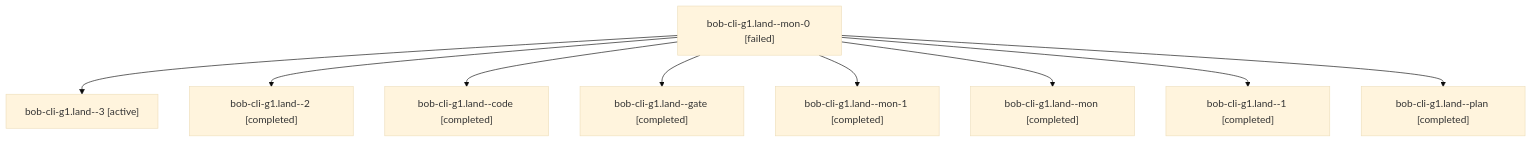
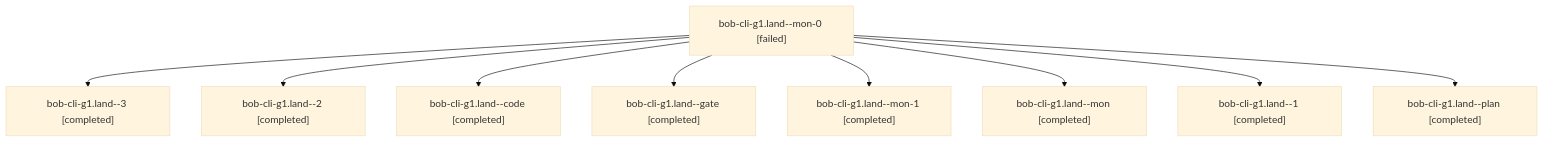
One commit to bobs-org/bob-cli--agents changed the diagram in sessions/bbugyi200.athena.bob-cli-g1.land.md. Above: the diagram before and after it, drawn with Mermaid (base theme). The commit also changed other lines of this file and 102 other files, not shown here.

````diff
--- a/sessions/bbugyi200.athena.bob-cli-g1.land.md
+++ b/sessions/bbugyi200.athena.bob-cli-g1.land.md
@@ -9,20 +9,20 @@
 ```mermaid
 flowchart TD
   n0["bob-cli-g1.land--mon-0 [failed]"]
-  n1["bob-cli-g1.land--3 [active]"]
+  n1["bob-cli-g1.land--3 [completed]"]
   n0 --> n1
   n2["bob-cli-g1.land--2 [completed]"]
   n0 --> n2
   n3["bob-cli-g1.land--code [completed]"]
   n0 --> n3
   n4["bob-cli-g1.land--gate [completed]"]
   n0 --> n4
   n5["bob-cli-g1.land--mon-1 [completed]"]
   n0 --> n5
   n6["bob-cli-g1.land--mon [completed]"]
   n0 --> n6
   n7["bob-cli-g1.land--1 [completed]"]
   n0 --> n7
   n8["bob-cli-g1.land--plan [completed]"]
   n0 --> n8
 ```
````
